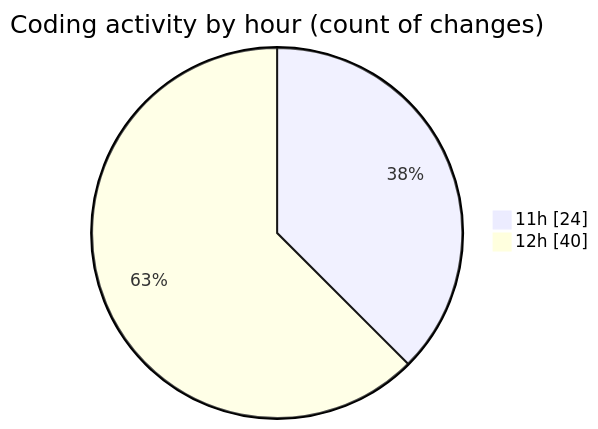
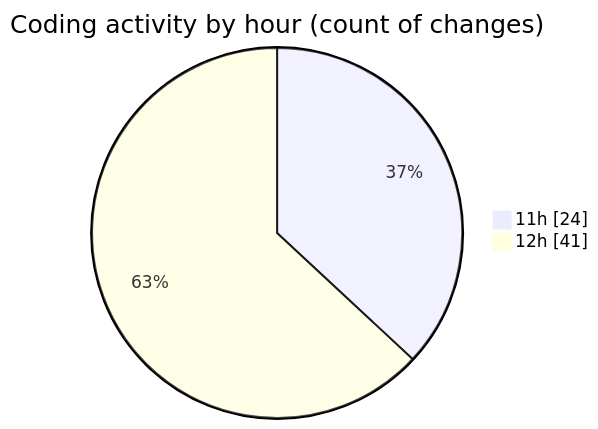
The second of 2 diagrams in 2025-05-10/argos-dev/README.md (nxtqubesakshisongat/code-tracking), drawn with Mermaid before and after one commit. The commit also changed other lines of this file and 1 other file, not shown here.

````diff
--- a/2025-05-10/argos-dev/README.md
+++ b/2025-05-10/argos-dev/README.md
@@ -29,6 +29,6 @@
 ```mermaid
 pie showData
 title Coding activity by hour (count of changes)
 "11h" : 24
-"12h" : 40
+"12h" : 41
 ```
````
